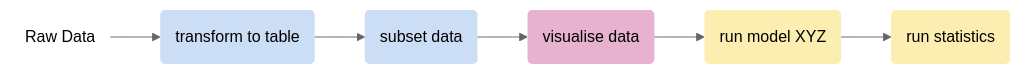
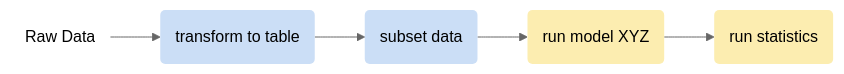
Before and after one commit to carpentries-incubator/managing-computational-projects: the first of 2 diagrams in _episodes/05-implementation.md, drawn with Mermaid. The commit also changed other lines of this file, not shown here.

````diff
--- a/_episodes/05-implementation.md
+++ b/_episodes/05-implementation.md
@@ -48,18 +48,16 @@
 ```mermaid
 %%{init: {'theme': 'neutral' } }%%
 graph LR
 
 A(Raw Data) --> B(transform to table)
 B -->C(subset data)
-C--> D(visualise data)
-D--> E(run model XYZ)
+C--> E(run model XYZ)
 E--> F(run statistics)
 
 style A fill:#fff,stroke:#333,stroke-width:0px
 style B fill:#cbdef6,stroke:#333,stroke-width:0px
 style C fill:#cbdef6,stroke:#333,stroke-width:0px
-style D fill:#e6b2cf,stroke:#333,stroke-width:0px
 style E fill:#fcedb0,stroke:#333,stroke-width:0px
 style F fill:#fcedb0,stroke:#333,stroke-width:0px
 
 ```
````
